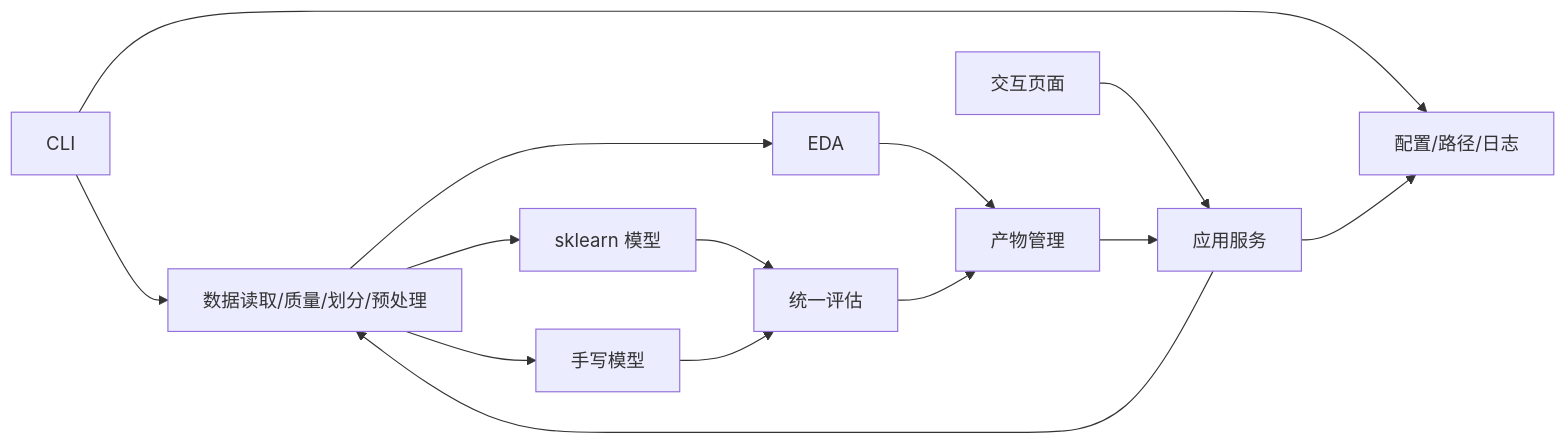
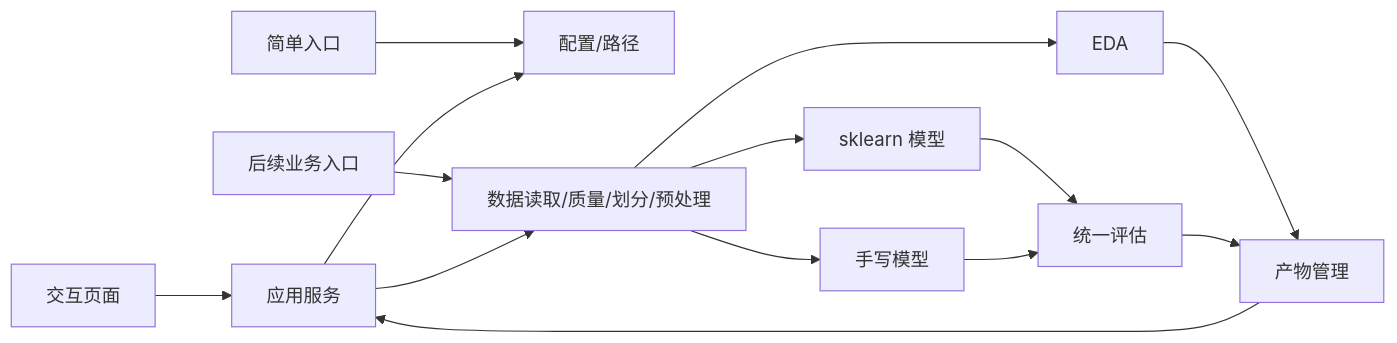
The diagram in docs/requirements/07_system_module_plan.md (LiangYin-Zheng/2026-AI_CourseDesign), drawn with Mermaid before and after one commit. The commit also changed other lines of this file and 10 other files, not shown here.

````diff
--- a/docs/requirements/07_system_module_plan.md
+++ b/docs/requirements/07_system_module_plan.md
@@ -63,16 +39,16 @@
 ```mermaid
 flowchart LR
-    CLI["CLI"] --> CFG["配置/路径/日志"]
+    ENTRY["简单入口"] --> CFG["配置/路径"]
     UI["交互页面"] --> SVC["应用服务"]
     SVC --> CFG
-    CLI --> DATA["数据读取/质量/划分/预处理"]
+    FUTURE["后续业务入口"] --> DATA["数据读取/质量/划分/预处理"]
     SVC --> DATA
     DATA --> EDA["EDA"]
     DATA --> SK["sklearn 模型"]
     DATA --> MAN["手写模型"]
     SK --> EVAL["统一评估"]
     MAN --> EVAL
     EDA --> ART["产物管理"]
     EVAL --> ART
     ART --> SVC
 ```
````
